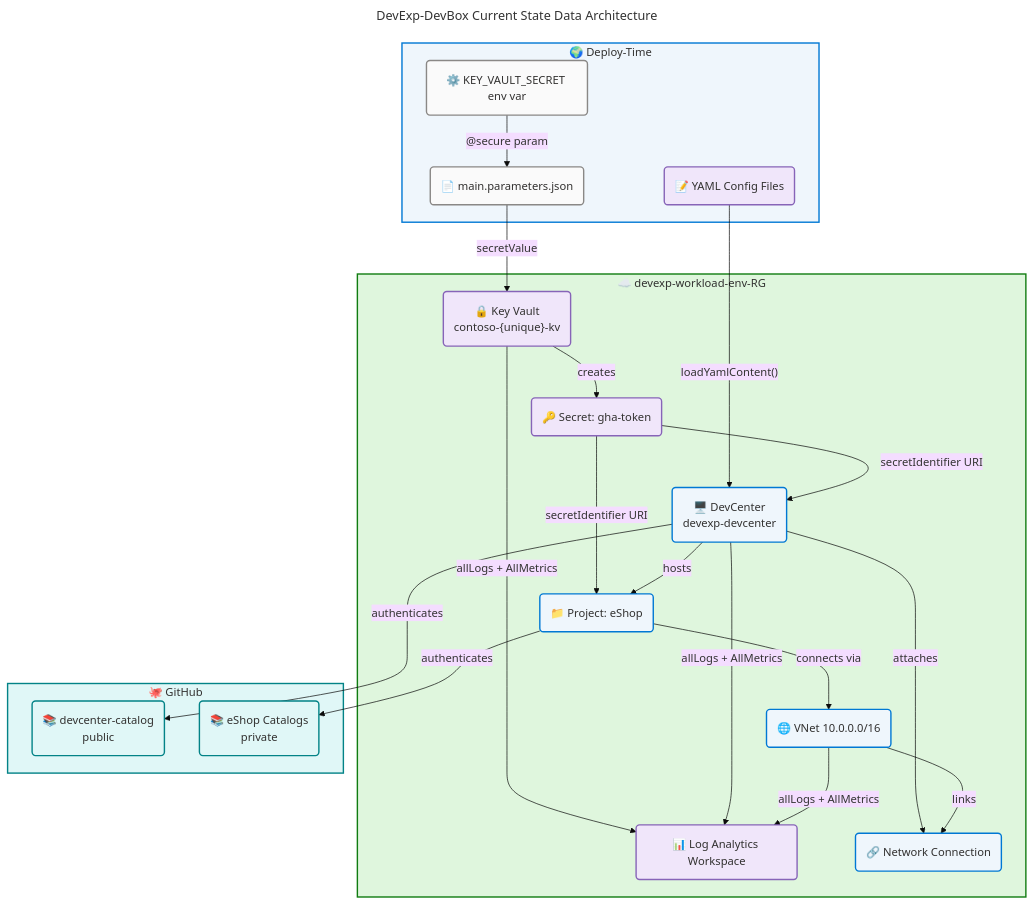
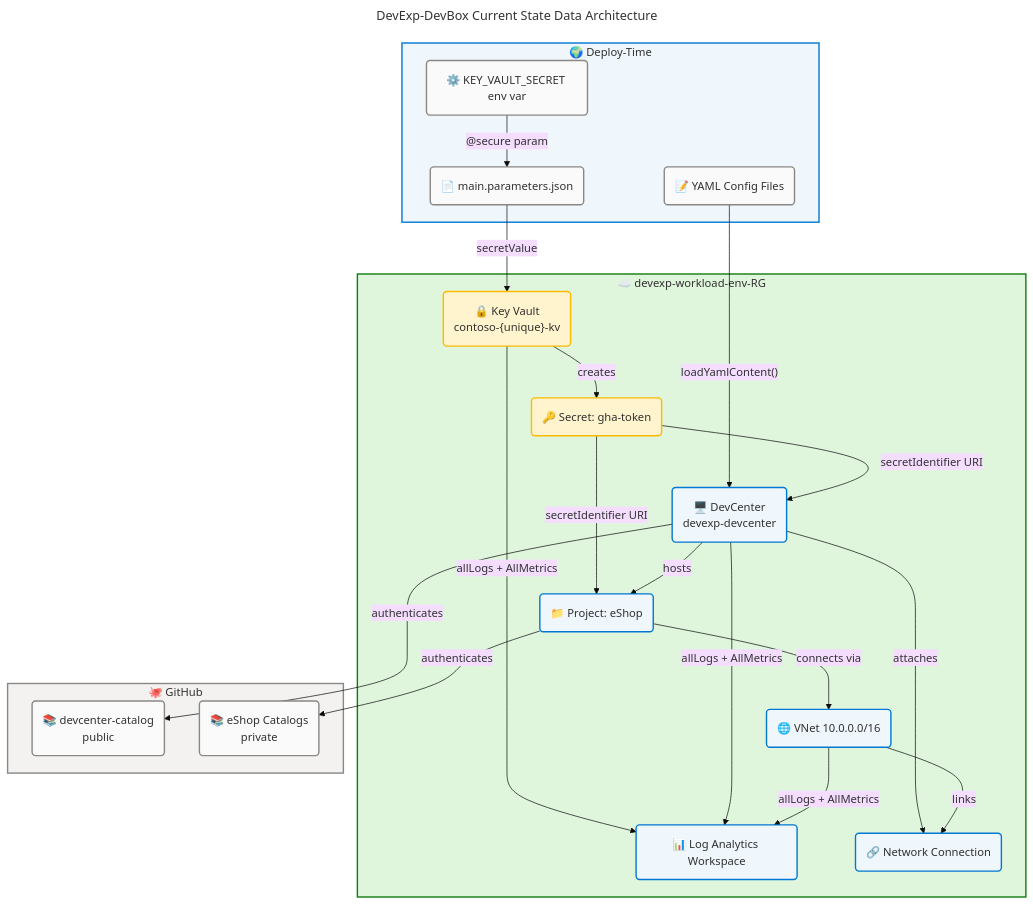
Before and after one commit to Evilazaro/DevExp-DevBox: the second of 5 diagrams in docs/architecture/data-architecture.md, drawn with Mermaid. The commit also changed other lines of this file, not shown here.

Commit message:
refactor: Update Mermaid diagram styles for improved visual distinction in deployment and GitHub sections

````diff
--- a/docs/architecture/data-architecture.md
+++ b/docs/architecture/data-architecture.md
@@ -419,75 +418,74 @@
 ```mermaid
 ---
 title: DevExp-DevBox Current State Data Architecture
 config:
   theme: base
   look: classic
   layout: dagre
   themeVariables:
     fontSize: '16px'
   flowchart:
     htmlLabels: true
 ---
 flowchart TB
     accTitle: DevExp-DevBox Current State Data Architecture
     accDescr: Shows current state data stores, flows, and dependencies in the Azure DevCenter developer platform infrastructure
 
     %% ═══════════════════════════════════════════════════════════════════════════
     %% AZURE / FLUENT ARCHITECTURE PATTERN v1.1
     %% (Semantic + Structural + Font + Accessibility Governance)
     %% ═══════════════════════════════════════════════════════════════════════════
     %% PHASE 1 - FLUENT UI: All styling uses approved Fluent UI palette only
     %% PHASE 2 - GROUPS: Every subgraph has semantic color via style directive
     %% PHASE 3 - COMPONENTS: Every node has semantic classDef + icon prefix
     %% PHASE 4 - ACCESSIBILITY: accTitle/accDescr present, WCAG AA contrast
     %% PHASE 5 - STANDARD: Governance block present, classDefs centralized
     %% ═══════════════════════════════════════════════════════════════════════════
 
     subgraph deployEnv["🌍 Deploy-Time"]
         envVar("⚙️ KEY_VAULT_SECRET env var"):::neutral
-        yamlCfg("📝 YAML Config Files"):::data
+        yamlCfg("📝 YAML Config Files"):::neutral
         params("📄 main.parameters.json"):::neutral
     end
 
     subgraph azureRG["☁️ devexp-workload-env-RG"]
-        kv("🔒 Key Vault<br>contoso-{unique}-kv"):::data
-        secretKv("🔑 Secret: gha-token"):::data
-        law("📊 Log Analytics Workspace"):::data
+        kv("🔒 Key Vault<br>contoso-{unique}-kv"):::warning
+        secretKv("🔑 Secret: gha-token"):::warning
+        law("📊 Log Analytics Workspace"):::core
         dc("🖥️ DevCenter<br>devexp-devcenter"):::core
         proj("📁 Project: eShop"):::core
         vnet("🌐 VNet 10.0.0.0/16"):::core
         nc("🔗 Network Connection"):::core
     end
 
     subgraph github["🐙 GitHub"]
-        dcCatalog("📚 devcenter-catalog<br>public"):::external
-        eshopCatalog("📚 eShop Catalogs<br>private"):::external
+        dcCatalog("📚 devcenter-catalog<br>public"):::neutral
+        eshopCatalog("📚 eShop Catalogs<br>private"):::neutral
     end
 
     envVar -->|"@secure param"| params
     params -->|"secretValue"| kv
     yamlCfg -->|"loadYamlContent()"| dc
     kv -->|"creates"| secretKv
     secretKv -->|"secretIdentifier URI"| dc
     secretKv -->|"secretIdentifier URI"| proj
     dc -->|"hosts"| proj
     dc -->|"attaches"| nc
     proj -->|"connects via"| vnet
     vnet -->|"links"| nc
     dc -->|"authenticates"| dcCatalog
     proj -->|"authenticates"| eshopCatalog
     kv -->|"allLogs + AllMetrics"| law
     dc -->|"allLogs + AllMetrics"| law
     vnet -->|"allLogs + AllMetrics"| law
 
     %% Centralized classDef declarations
     classDef core fill:#EFF6FC,stroke:#0078D4,stroke-width:2px,color:#323130
-    classDef data fill:#F0E6FA,stroke:#8764B8,stroke-width:2px,color:#323130
-    classDef external fill:#E0F7F7,stroke:#038387,stroke-width:2px,color:#323130
+    classDef warning fill:#FFF4CE,stroke:#FFB900,stroke-width:2px,color:#323130
     classDef neutral fill:#FAFAFA,stroke:#8A8886,stroke-width:2px,color:#323130
 
     %% Subgraph style directives (MRM-C001: functional siblings use distinct semantic colors)
     style deployEnv fill:#EFF6FC,stroke:#0078D4,stroke-width:2px,color:#323130
     style azureRG fill:#DFF6DD,stroke:#107C10,stroke-width:2px,color:#323130
-    style github fill:#E0F7F7,stroke:#038387,stroke-width:2px,color:#323130
+    style github fill:#F3F2F1,stroke:#8A8886,stroke-width:2px,color:#323130
 ```
````
